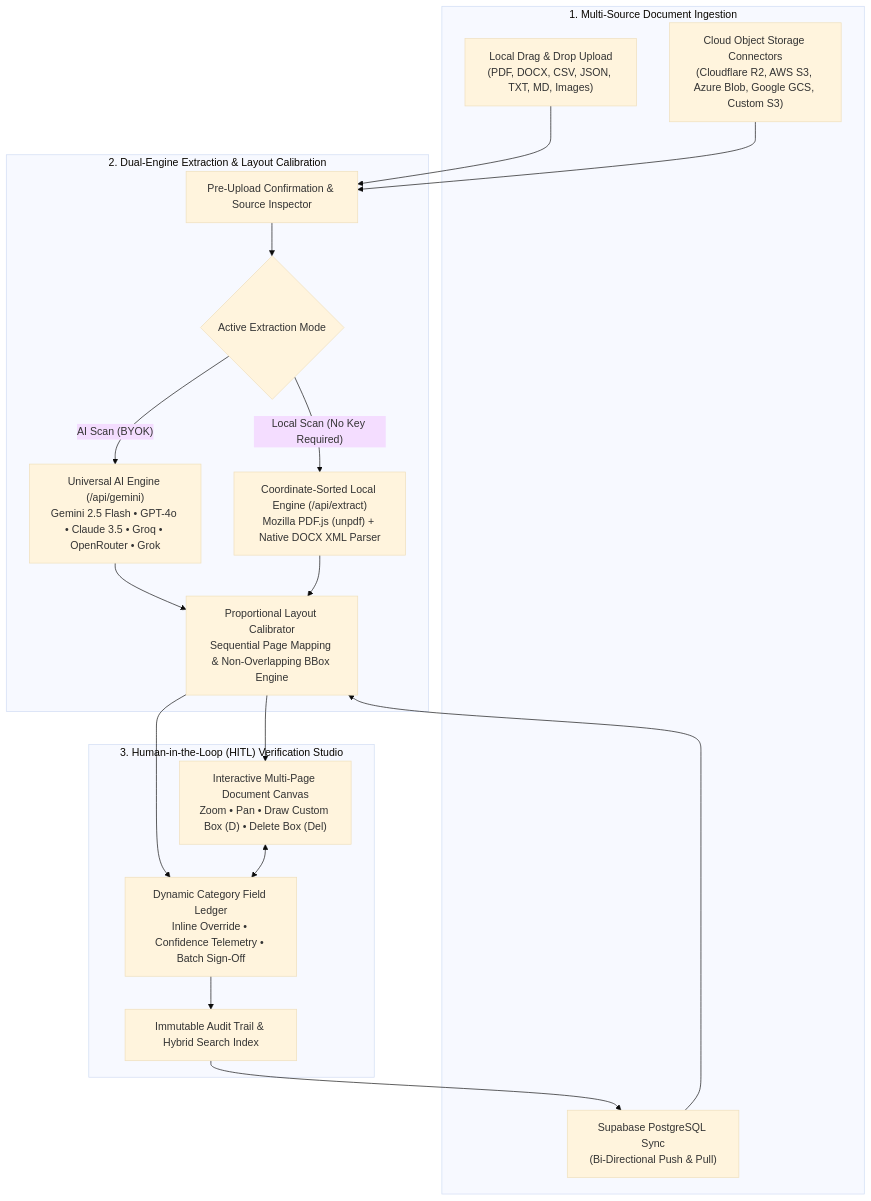
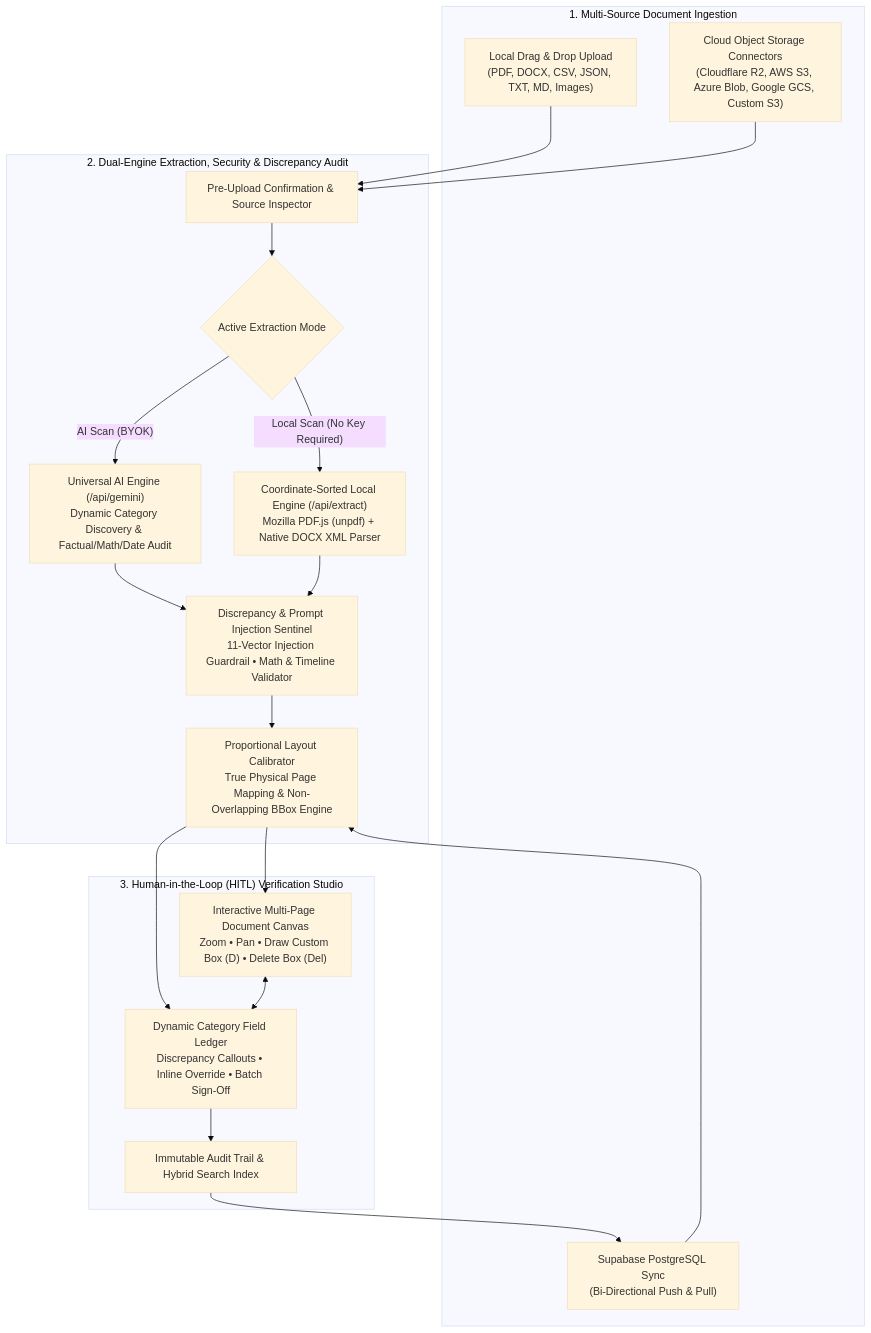
One commit to keshav647/aetherdoc-studio changed the diagram in README.md. Above: the diagram before and after it, drawn with Mermaid (base theme). The commit also changed other lines of this file and 2 other files, not shown here.

Commit message:
docs: add 1080p Loom video architecture walkthrough & evaluation guide

````diff
--- a/README.md
+++ b/README.md
@@ -48,36 +63,38 @@
 ```mermaid
 flowchart TB
     subgraph Sources["1. Multi-Source Document Ingestion"]
         LocalUpload["Local Drag & Drop Upload\n(PDF, DOCX, CSV, JSON, TXT, MD, Images)"]
         CloudStorage["Cloud Object Storage Connectors\n(Cloudflare R2, AWS S3, Azure Blob, Google GCS, Custom S3)"]
         SupabasePull["Supabase PostgreSQL Sync\n(Bi-Directional Push & Pull)"]
     end
 
-    subgraph Engine["2. Dual-Engine Extraction & Layout Calibration"]
+    subgraph Engine["2. Dual-Engine Extraction, Security & Discrepancy Audit"]
         PreFlight["Pre-Upload Confirmation & Source Inspector"]
         Router{"Active Extraction Mode"}
-        AIScan["Universal AI Engine (/api/gemini)\nGemini 2.5 Flash • GPT-4o • Claude 3.5 • Groq • OpenRouter • Grok"]
+        AIScan["Universal AI Engine (/api/gemini)\nDynamic Category Discovery & Factual/Math/Date Audit"]
         LocalScan["Coordinate-Sorted Local Engine (/api/extract)\nMozilla PDF.js (unpdf) + Native DOCX XML Parser"]
-        Calibrator["Proportional Layout Calibrator\nSequential Page Mapping & Non-Overlapping BBox Engine"]
+        Sentinel["Discrepancy & Prompt Injection Sentinel\n11-Vector Injection Guardrail • Math & Timeline Validator"]
+        Calibrator["Proportional Layout Calibrator\nTrue Physical Page Mapping & Non-Overlapping BBox Engine"]
     end
 
     subgraph Studio["3. Human-in-the-Loop (HITL) Verification Studio"]
         Canvas["Interactive Multi-Page Document Canvas\nZoom • Pan • Draw Custom Box (D) • Delete Box (Del)"]
-        Ledger["Dynamic Category Field Ledger\nInline Override • Confidence Telemetry • Batch Sign-Off"]
+        Ledger["Dynamic Category Field Ledger\nDiscrepancy Callouts • Inline Override • Batch Sign-Off"]
         Audit["Immutable Audit Trail & Hybrid Search Index"]
     end
 
     LocalUpload --> PreFlight
     CloudStorage --> PreFlight
     SupabasePull --> Calibrator
     PreFlight --> Router
     Router -->|"AI Scan (BYOK)"| AIScan
     Router -->|"Local Scan (No Key Required)"| LocalScan
-    AIScan --> Calibrator
-    LocalScan --> Calibrator
+    AIScan --> Sentinel
+    LocalScan --> Sentinel
+    Sentinel --> Calibrator
     Calibrator --> Canvas
     Calibrator --> Ledger
     Canvas <--> Ledger
     Ledger --> Audit
     Audit --> SupabasePull
 ```
````
